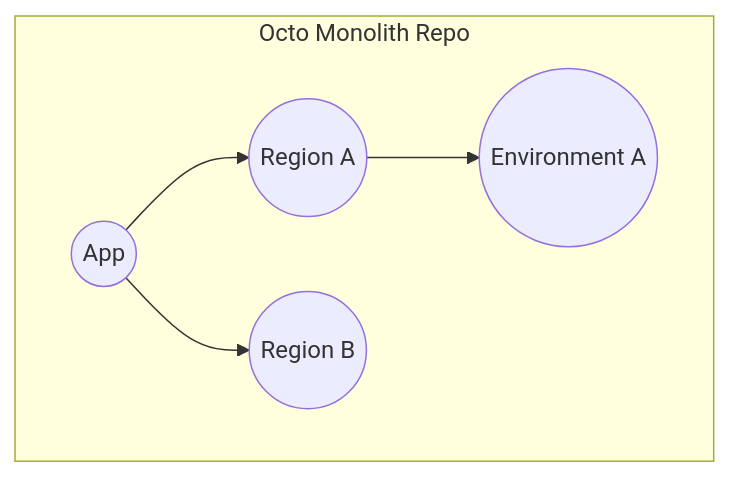
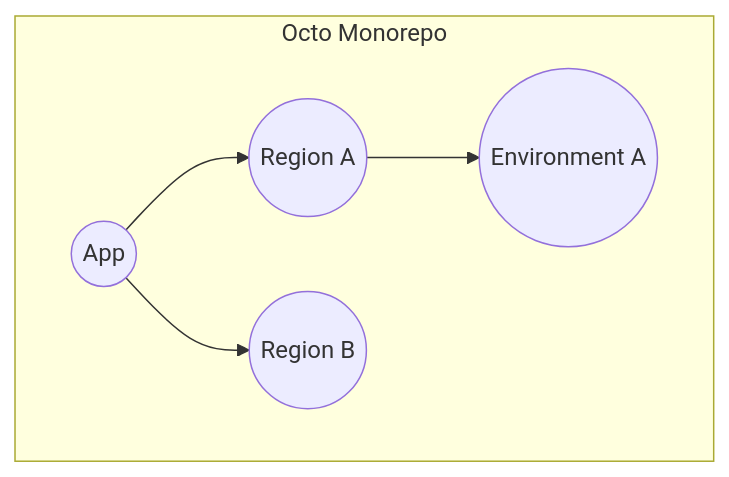
The second of 3 diagrams in apps/octo-docs/docs/philosophy.mdx (quadnix/octo), drawn with Mermaid before and after one commit. The commit also changed other lines of this file and 2 other files, not shown here.

Commit message:
chore(docs): octo-docs | rewrite of base pages.

````diff
--- a/apps/octo-docs/docs/philosophy.mdx
+++ b/apps/octo-docs/docs/philosophy.mdx
@@ -115,13 +118,13 @@
 ```mermaid
 graph TD;
   app((App))
   regionA((Region A))
   regionB((Region B))
   environmentA((Environment A))
 
-  subgraph Octo Monolith Repo
+  subgraph Octo Monorepo
     app --> regionA
     app --> regionB
     regionA --> environmentA
   end
 ```
````
